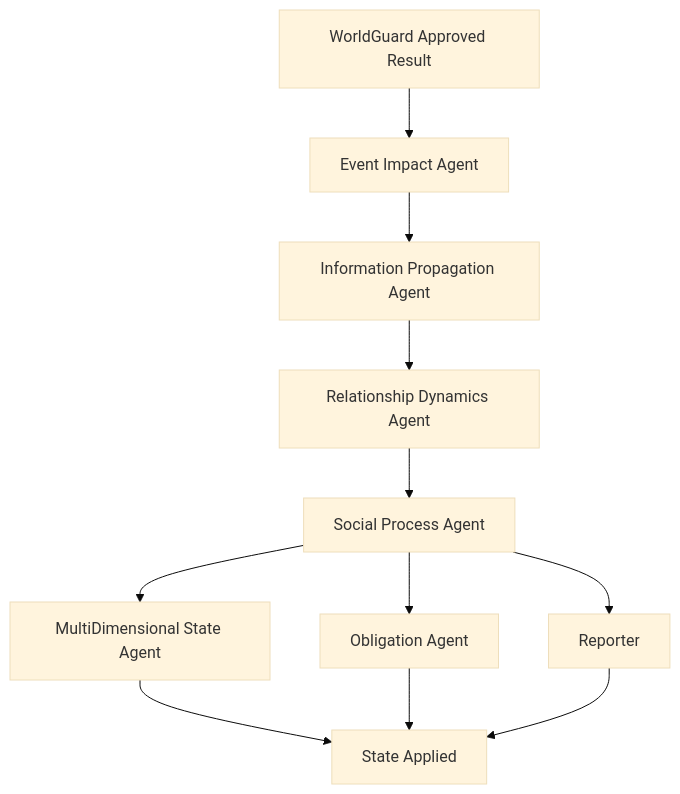
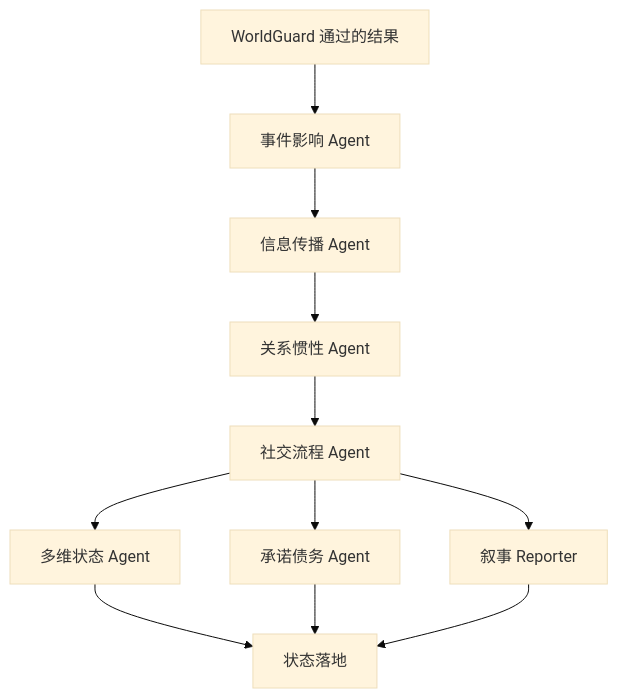
The third of 4 diagrams in README.md (Whom001x/agentbox-town), drawn with Mermaid (base theme) before and after one commit. The commit also changed other lines of this file, not shown here.

````diff
--- a/README.md
+++ b/README.md
@@ -66,13 +68,13 @@
 ```mermaid
 flowchart TD
-  A[WorldGuard Approved Result] --> B[Event Impact Agent]
-  B --> C[Information Propagation Agent]
-  C --> D[Relationship Dynamics Agent]
-  D --> E[Social Process Agent]
-  E --> F[MultiDimensional State Agent]
-  E --> G[Obligation Agent]
-  E --> H[Reporter]
-  F --> I[State Applied]
+  A[WorldGuard 通过的结果] --> B[事件影响 Agent]
+  B --> C[信息传播 Agent]
+  C --> D[关系惯性 Agent]
+  D --> E[社交流程 Agent]
+  E --> F[多维状态 Agent]
+  E --> G[承诺债务 Agent]
+  E --> H[叙事 Reporter]
+  F --> I[状态落地]
   G --> I
   H --> I
 ```
````
